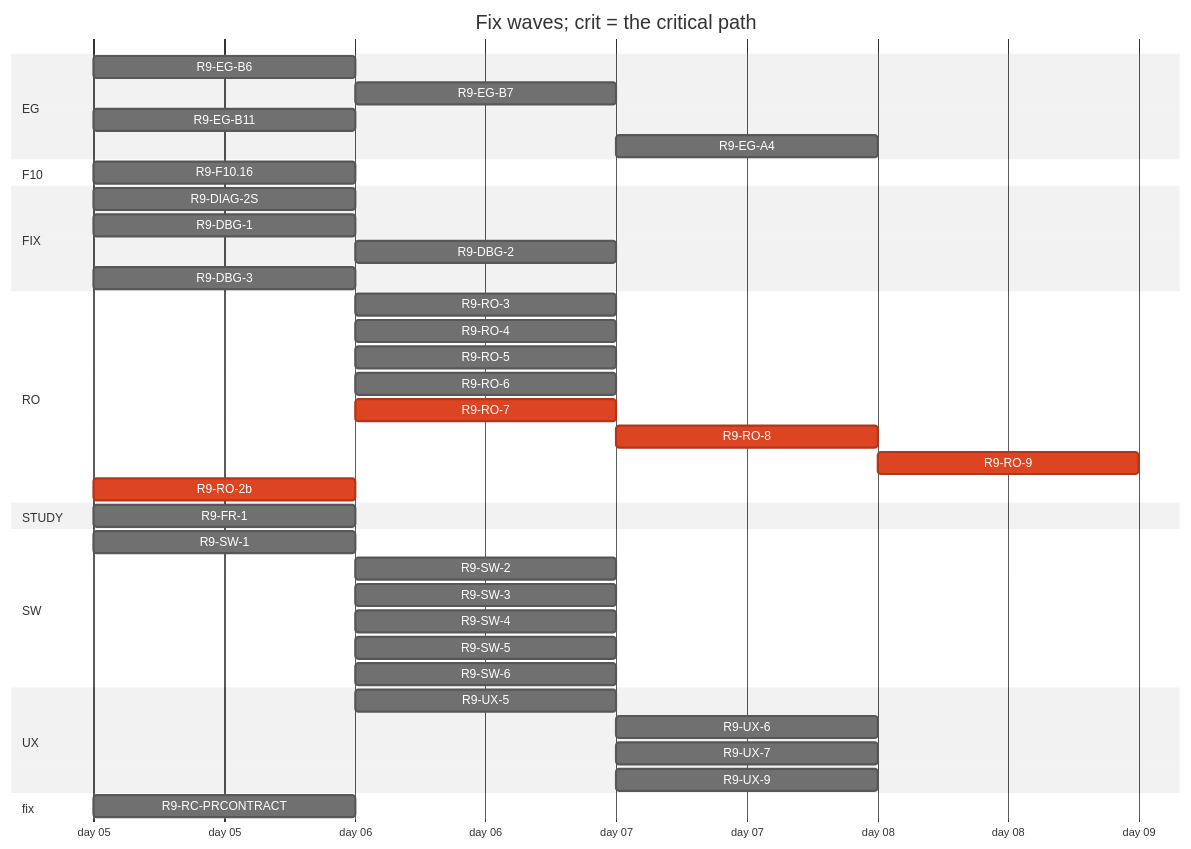
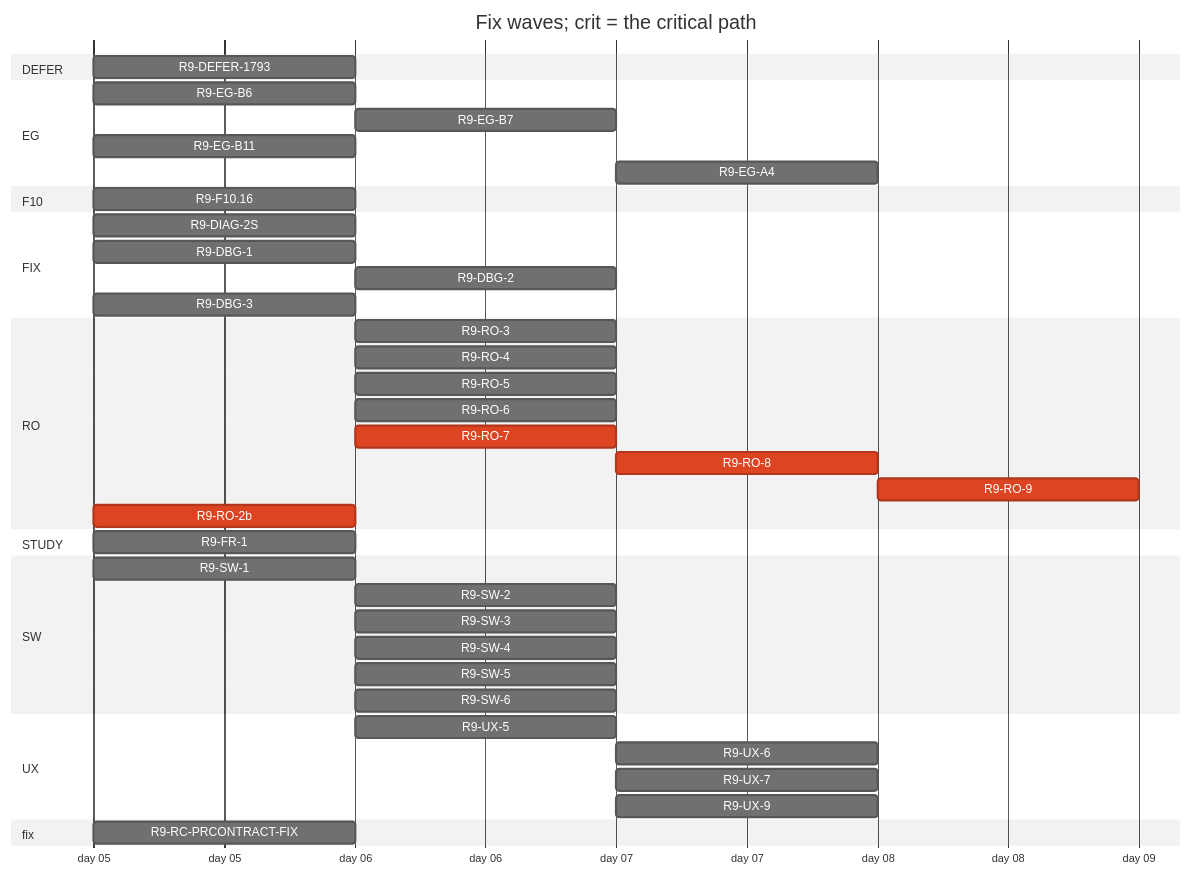
One commit to tvofi/heatpump_optimizer changed the diagram in handoff/round9/state/PLAN-TABLE.md. Above: the diagram before and after it, drawn with Mermaid (neutral theme). The commit also changed other lines of this file and 2 other files, not shown here.

Commit message:
state: regenerate after R9-RC-PRCONTRACT-FIX

````diff
--- a/handoff/round9/state/PLAN-TABLE.md
+++ b/handoff/round9/state/PLAN-TABLE.md
@@ -21,43 +22,45 @@
 ```mermaid
 gantt
   title Fix waves; crit = the critical path
   dateFormat YYYY-MM-DD
   axisFormat day %d
+  section DEFER
+    R9-DEFER-1793 :r9DEFER1793, 2026-01-05, 1d
   section EG
     R9-EG-B6 :r9EGB6, 2026-01-05, 1d
     R9-EG-B7 :r9EGB7, after r9EGB6, 1d
     R9-EG-B11 :r9EGB11, 2026-01-05, 1d
     R9-EG-A4 :r9EGA4, after r9EGB7 r9EGB11, 1d
   section F10
     R9-F10.16 :r9F1016, 2026-01-05, 1d
   section FIX
     R9-DIAG-2S :r9DIAG2S, 2026-01-05, 1d
     R9-DBG-1 :r9DBG1, 2026-01-05, 1d
     R9-DBG-2 :r9DBG2, after r9DBG1, 1d
     R9-DBG-3 :r9DBG3, 2026-01-05, 1d
   section RO
     R9-RO-3 :r9RO3, after r9RO2b, 1d
     R9-RO-4 :r9RO4, after r9RO2b, 1d
     R9-RO-5 :r9RO5, after r9RO2b, 1d
     R9-RO-6 :r9RO6, after r9RO2b, 1d
     R9-RO-7 :crit, r9RO7, after r9RO2b, 1d
     R9-RO-8 :crit, r9RO8, after r9RO2b r9RO7, 1d
     R9-RO-9 :crit, r9RO9, after r9RO3 r9RO4 r9RO5 r9RO6 r9RO8 r9EGA4 r9SW4 r9UX5 r9UX6 r9UX7, 1d
     R9-RO-2b :crit, r9RO2b, 2026-01-05, 1d
   section STUDY
     R9-FR-1 :r9FR1, 2026-01-05, 1d
   section SW
     R9-SW-1 :r9SW1, 2026-01-05, 1d
     R9-SW-2 :r9SW2, after r9SW1 r9EGB6, 1d
     R9-SW-3 :r9SW3, after r9SW1, 1d
     R9-SW-4 :r9SW4, after r9SW1, 1d
     R9-SW-5 :r9SW5, after r9EGB6, 1d
     R9-SW-6 :r9SW6, after r9SW1, 1d
   section UX
     R9-UX-5 :r9UX5, after r9EGB6 r9SW1, 1d
     R9-UX-6 :r9UX6, after r9EGB7 r9EGB11 r9UX5, 1d
     R9-UX-7 :r9UX7, after r9EGB6 r9EGB11 r9UX5, 1d
     R9-UX-9 :r9UX9, after r9SW6, 1d
   section fix
-    R9-RC-PRCONTRACT :r9RCPRCONTRACT, 2026-01-05, 1d
+    R9-RC-PRCONTRACT-FIX :r9RCPRCONTRACTFIX, 2026-01-05, 1d
 ```
````
